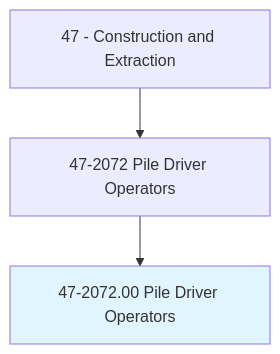
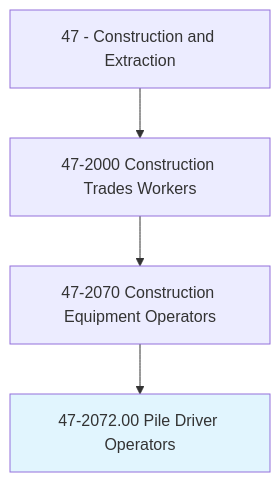
Before and after one commit to kziemski/business.org.ai: the first of 4 diagrams in occupations/Construction/PileDriverOperators.mdx, drawn with Mermaid. The commit also changed other lines of this file and 938 other files, not shown here.

````diff
--- a/occupations/Construction/PileDriverOperators.mdx
+++ b/occupations/Construction/PileDriverOperators.mdx
@@ -19,6 +23,7 @@
 ```mermaid
 graph TD
-    Cat47["47 - Construction and Extraction"] --> Group472072["47-2072 Pile Driver Operators"]
-    Group472072 --> Current["47-2072.00 Pile Driver Operators"]
+    Cat47["47 - Construction and Extraction"] --> Group472["47-2000 Construction Trades Workers"]
+    Group472 --> Group4720["47-2070 Construction Equipment Operators"]
+    Group4720 --> Current["47-2072.00 Pile Driver Operators"]
     style Current fill:#e1f5fe
 ```
````
